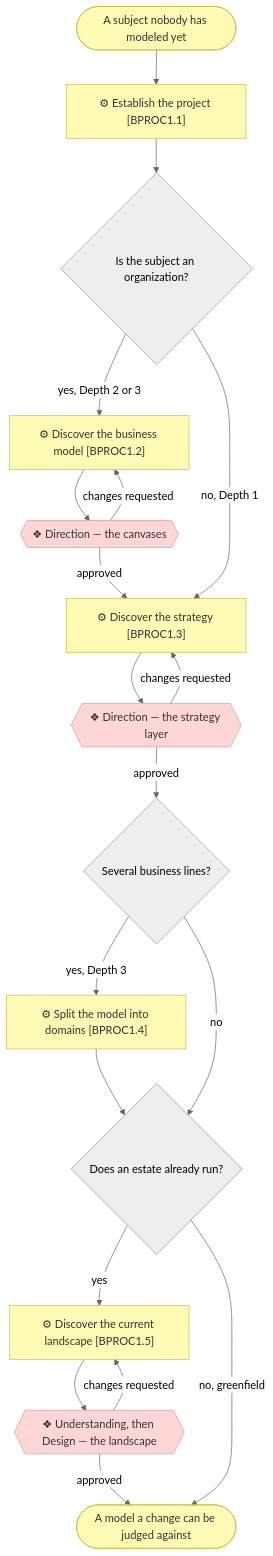
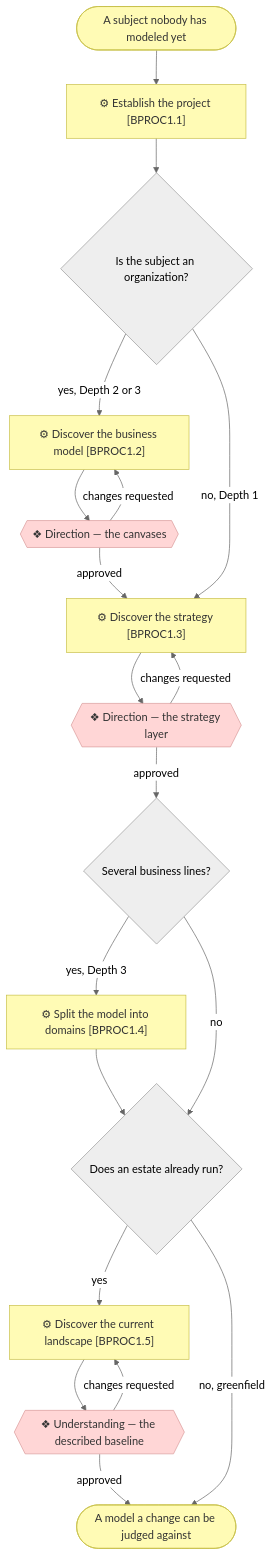
One commit to roanboc/archreator changed the first of 5 diagrams in docs/process/1_level-1-macro-processes.md. Above: the diagram before and after it, drawn with Mermaid (neutral theme). The commit also changed other lines of this file and 68 other files, not shown here.

````diff
--- a/docs/process/1_level-1-macro-processes.md
+++ b/docs/process/1_level-1-macro-processes.md
@@ -22,36 +20,36 @@
 ```mermaid
 flowchart TD
   req(["A subject nobody has modeled yet"])
   p11["⚙ Establish the project [BPROC1.1]"]
   org{"Is the subject an organization?"}
   p12["⚙ Discover the business model [BPROC1.2]"]
   g0{{"❖ Direction — the canvases"}}
   p13["⚙ Discover the strategy [BPROC1.3]"]
   g1{{"❖ Direction — the strategy layer"}}
   deep{"Several business lines?"}
   p14["⚙ Split the model into domains [BPROC1.4]"]
   est{"Does an estate already run?"}
   p15["⚙ Discover the current landscape [BPROC1.5]"]
-  g23{{"❖ Understanding, then Design — the landscape"}}
+  g2{{"❖ Understanding — the described baseline"}}
   done(["A model a change can be judged against"])
 
   req --> p11 --> org
   org -->|yes, Depth 2 or 3| p12 --> g0
   g0 -->|changes requested| p12
   g0 -->|approved| p13
   org -->|no, Depth 1| p13
   p13 --> g1
   g1 -->|changes requested| p13
   g1 -->|approved| deep
   deep -->|yes, Depth 3| p14 --> est
   deep -->|no| est
-  est -->|yes| p15 --> g23
-  g23 -->|changes requested| p15
-  g23 -->|approved| done
+  est -->|yes| p15 --> g2
+  g2 -->|changes requested| p15
+  g2 -->|approved| done
   est -->|no, greenfield| done
 
   classDef business fill:#fffbb5,stroke:#c8c04a,color:#333
   classDef implementation fill:#ffd6d6,stroke:#d99b9b,color:#333
   class p11,p12,p13,p14,p15,req,done business
-  class g0,g1,g23 implementation
+  class g0,g1,g2 implementation
 ```
````
